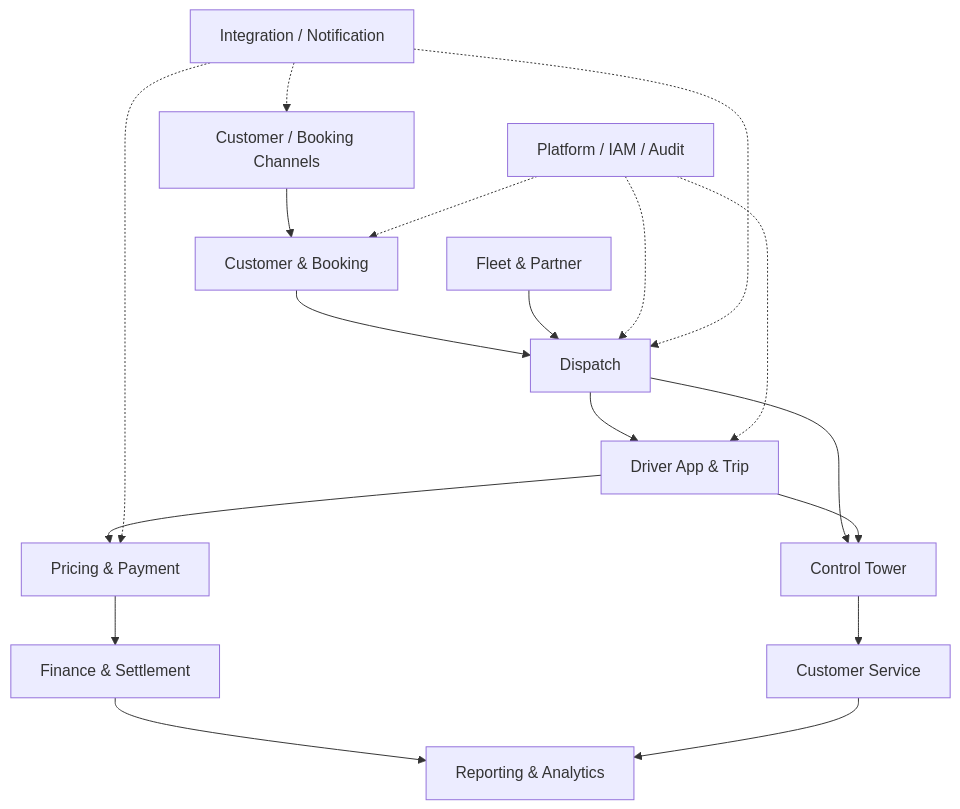
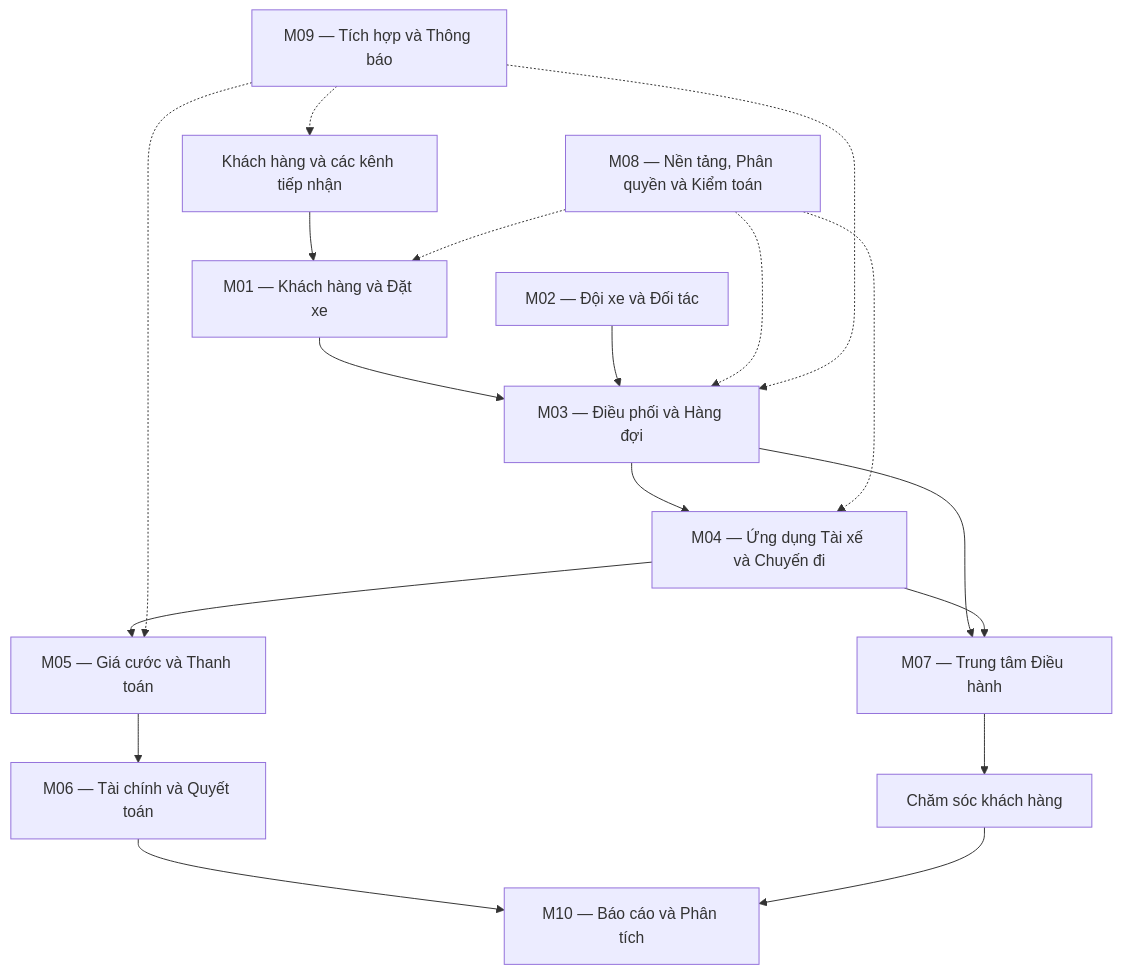
Before and after one commit to daoaigiangnam/Taxi-Management-System: the diagram in 00-OVERVIEW.md, drawn with Mermaid. The commit also changed other lines of this file, not shown here.

Commit message:
docs: localize system overview and align module architecture

````diff
--- a/00-OVERVIEW.md
+++ b/00-OVERVIEW.md
@@ -30,20 +30,20 @@
 ```mermaid
 flowchart TD
- A["Customer / Booking Channels"] --> B["Customer & Booking"]
- B --> C["Dispatch"]
- D["Fleet & Partner"] --> C
- C --> E["Driver App & Trip"]
- E --> F["Pricing & Payment"]
- F --> G["Finance & Settlement"]
- C --> H["Control Tower"]
+ A["Khách hàng và các kênh tiếp nhận"] --> B["M01 — Khách hàng và Đặt xe"]
+ B --> C["M03 — Điều phối và Hàng đợi"]
+ D["M02 — Đội xe và Đối tác"] --> C
+ C --> E["M04 — Ứng dụng Tài xế và Chuyến đi"]
+ E --> F["M05 — Giá cước và Thanh toán"]
+ F --> G["M06 — Tài chính và Quyết toán"]
+ C --> H["M07 — Trung tâm Điều hành"]
  E --> H
- H --> I["Customer Service"]
- G --> J["Reporting & Analytics"]
+ H --> I["Chăm sóc khách hàng"]
+ G --> J["M10 — Báo cáo và Phân tích"]
  I --> J
- K["Platform / IAM / Audit"] -.-> B
+ K["M08 — Nền tảng, Phân quyền và Kiểm toán"] -.-> B
  K -.-> C
  K -.-> E
- L["Integration / Notification"] -.-> A
+ L["M09 — Tích hợp và Thông báo"] -.-> A
  L -.-> C
  L -.-> F
 ```
````
